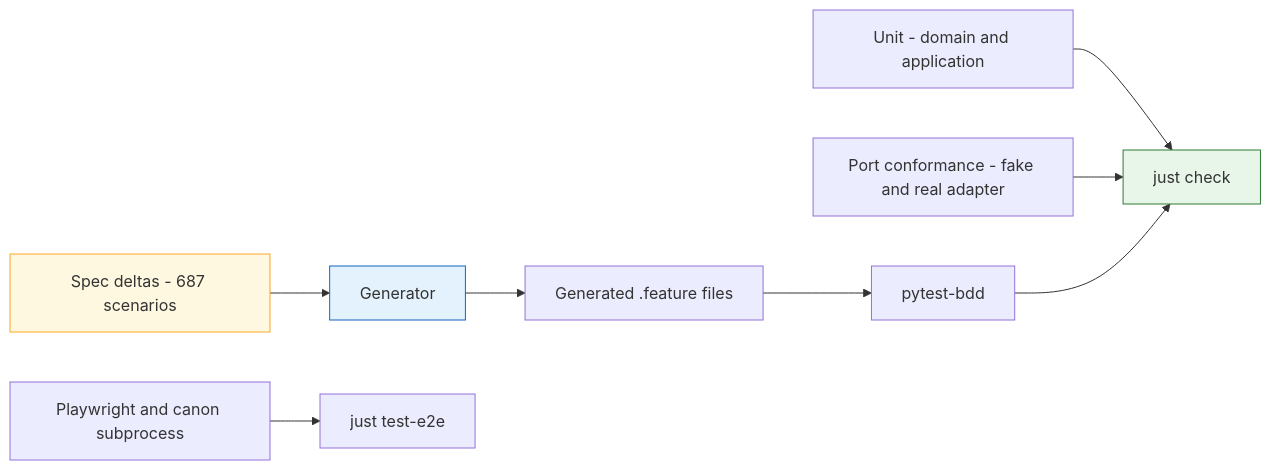
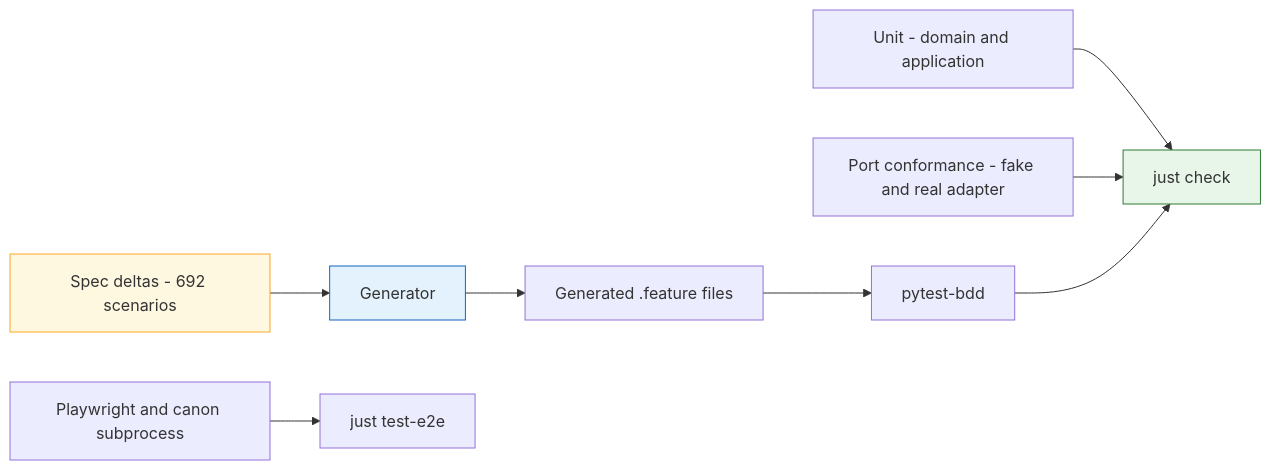
The ninth of 9 diagrams in README.md (CyberdyneCorp/CyberCannon), drawn with Mermaid before and after one commit. The commit also changed 18 other files, not shown here.

````diff
--- a/README.md
+++ b/README.md
@@ -832,14 +832,14 @@
 ```mermaid
 graph LR
-    SPECS["Spec deltas - 687 scenarios"] --> GEN["Generator"]
+    SPECS["Spec deltas - 692 scenarios"] --> GEN["Generator"]
     GEN --> FEAT["Generated .feature files"]
     FEAT --> BDD["pytest-bdd"]
     UNIT["Unit - domain and application"] --> CHECK["just check"]
     CONF["Port conformance - fake and real adapter"] --> CHECK
     BDD --> CHECK
     E2E["Playwright and canon subprocess"] --> SEP["just test-e2e"]
 
     style SPECS fill:#FFF8E1,stroke:#F9A825
     style GEN fill:#E3F2FD,stroke:#1565C0
     style CHECK fill:#E8F5E9,stroke:#2E7D32
 ```
````
